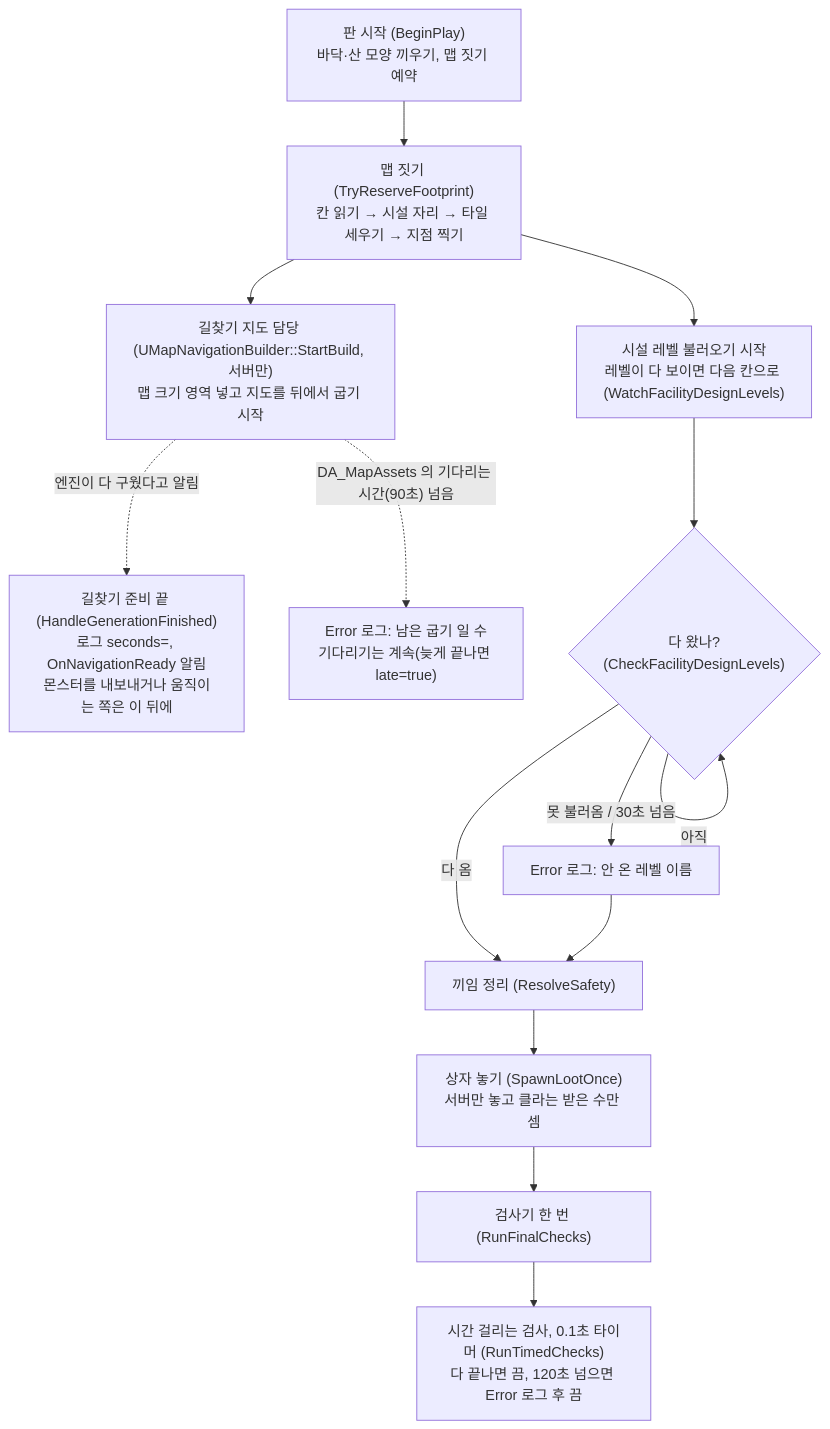
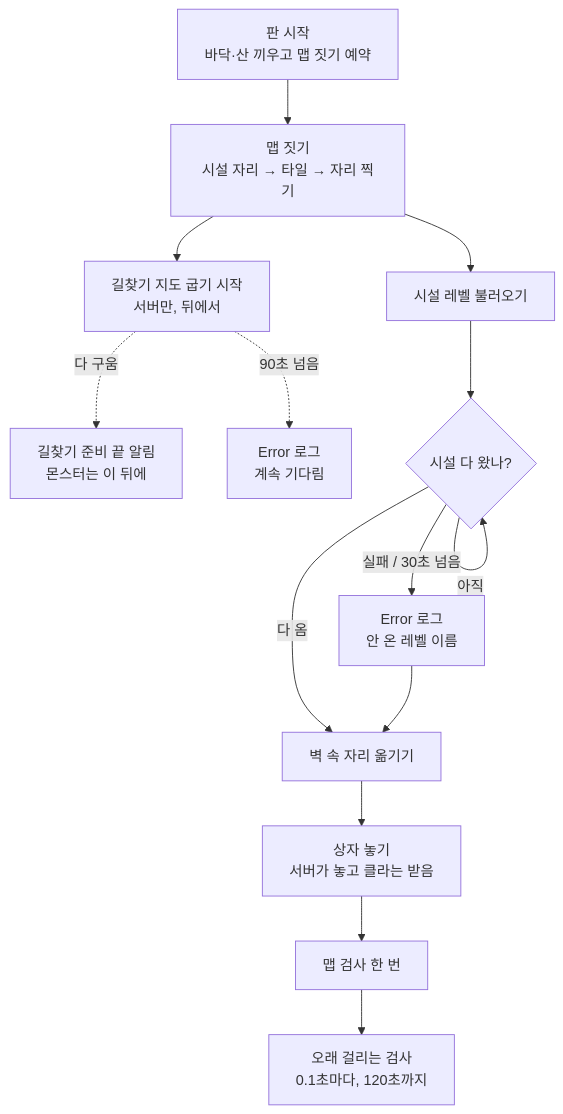
The diagram in Source/ProjectPG/Private/Actors/MapBuilder/README.md (AssortRock-KDT6-Unreal-PowerAde/ProjectPG), drawn with Mermaid before and after one commit. The commit also changed other lines of this file, not shown here.

Commit message:
#12 MapBuilder README 흐름을 읽기 쉽게: 말로 된 순서 목록을 먼저, 그림 상자는 뜻 있는 이름과 짧은 우리말로
- 그림 위에 "판이 시작되면 실제로 일어나는 순서" 7단계를 "누가 → 무엇을 → 그래서" 로 적음(함수 이름은 괄호에)
- 그림 상자 이름표 A·B·N 같은 한 글자를 GameStart·BuildMap·NavStart 같은 이름으로, 상자 글은 짧게
- 코드 변경 없음

````diff
--- a/Source/ProjectPG/Private/Actors/MapBuilder/README.md
+++ b/Source/ProjectPG/Private/Actors/MapBuilder/README.md
@@ -5,16 +18,16 @@
 ```mermaid
 flowchart TD
-    A["판 시작 (BeginPlay)<br/>바닥·산 모양 끼우기, 맵 짓기 예약"] --> B["맵 짓기 (TryReserveFootprint)<br/>칸 읽기 → 시설 자리 → 타일 세우기 → 지점 찍기"]
-    B --> N["길찾기 지도 담당 (UMapNavigationBuilder::StartBuild, 서버만)<br/>맵 크기 영역 넣고 지도를 뒤에서 굽기 시작"]
-    N -. "엔진이 다 구웠다고 알림" .-> NR["길찾기 준비 끝 (HandleGenerationFinished)<br/>로그 seconds=, OnNavigationReady 알림<br/>몬스터를 내보내거나 움직이는 쪽은 이 뒤에"]
-    N -. "DA_MapAssets 의 기다리는 시간(90초) 넘음" .-> NX["Error 로그: 남은 굽기 일 수<br/>기다리기는 계속(늦게 끝나면 late=true)"]
-    B --> C["시설 레벨 불러오기 시작<br/>레벨이 다 보이면 다음 칸으로 (WatchFacilityDesignLevels)"]
-    C --> D{"다 왔나?<br/>(CheckFacilityDesignLevels)"}
-    D -- "아직" --> D
-    D -- "다 옴" --> E["끼임 정리 (ResolveSafety)"]
-    D -- "못 불러옴 / 30초 넘음" --> X["Error 로그: 안 온 레벨 이름"]
-    X --> E
-    E --> F["상자 놓기 (SpawnLootOnce)<br/>서버만 놓고 클라는 받은 수만 셈"]
-    F --> G["검사기 한 번 (RunFinalChecks)"]
-    G --> H["시간 걸리는 검사, 0.1초 타이머 (RunTimedChecks)<br/>다 끝나면 끔, 120초 넘으면 Error 로그 후 끔"]
+    GameStart["판 시작<br/>바닥·산 끼우고 맵 짓기 예약"] --> BuildMap["맵 짓기<br/>시설 자리 → 타일 → 자리 찍기"]
+    BuildMap --> NavStart["길찾기 지도 굽기 시작<br/>서버만, 뒤에서"]
+    NavStart -. "다 구움" .-> NavReady["길찾기 준비 끝 알림<br/>몬스터는 이 뒤에"]
+    NavStart -. "90초 넘음" .-> NavLate["Error 로그<br/>계속 기다림"]
+    BuildMap --> FacilityLoad["시설 레벨 불러오기"]
+    FacilityLoad --> FacilityCheck{"시설 다 왔나?"}
+    FacilityCheck -- "아직" --> FacilityCheck
+    FacilityCheck -- "다 옴" --> FixStuck["벽 속 자리 옮기기"]
+    FacilityCheck -- "실패 / 30초 넘음" --> FacilityError["Error 로그<br/>안 온 레벨 이름"]
+    FacilityError --> FixStuck
+    FixStuck --> PlaceBoxes["상자 놓기<br/>서버가 놓고 클라는 받음"]
+    PlaceBoxes --> FinalCheck["맵 검사 한 번"]
+    FinalCheck --> TimedCheck["오래 걸리는 검사<br/>0.1초마다, 120초까지"]
 ```
````
